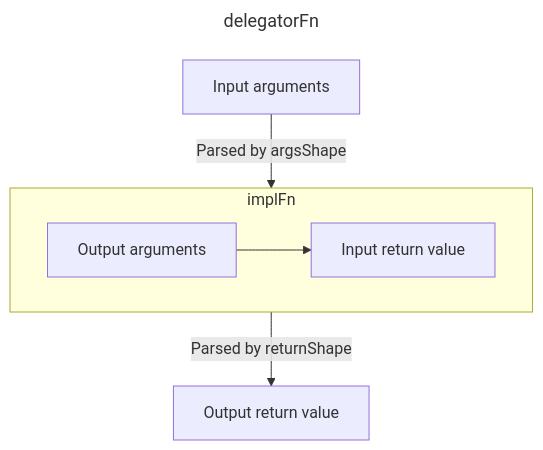
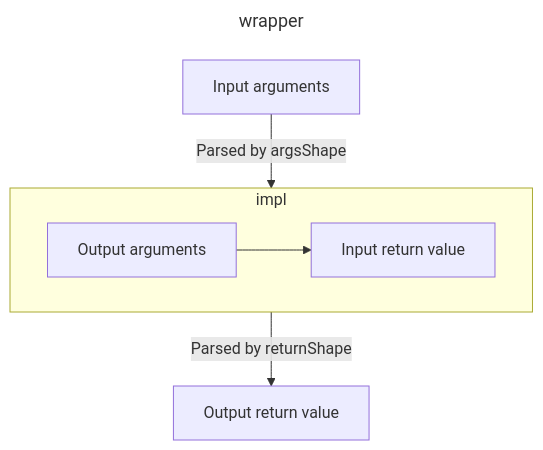
Before and after one commit to smikhalevski/doubter: the diagram in README.md, drawn with Mermaid. The commit also changed other lines of this file and 120 other files, not shown here.

````diff
--- a/README.md
+++ b/README.md
@@ -2372,14 +2433,14 @@
 ```mermaid
 ---
-title: delegatorFn
+title: wrapper
 ---
 flowchart TD
     InputArguments["Input arguments"]
-    -->|Parsed by argsShape| implFn
+    -->|Parsed by argsShape| impl
     -->|Parsed by returnShape| OutputReturnValue["Output return value"]
 
-    subgraph implFn
+    subgraph impl
     OutputArguments["Output arguments"]
     --> InputReturnValue["Input return value"]
     end
 ```
````
